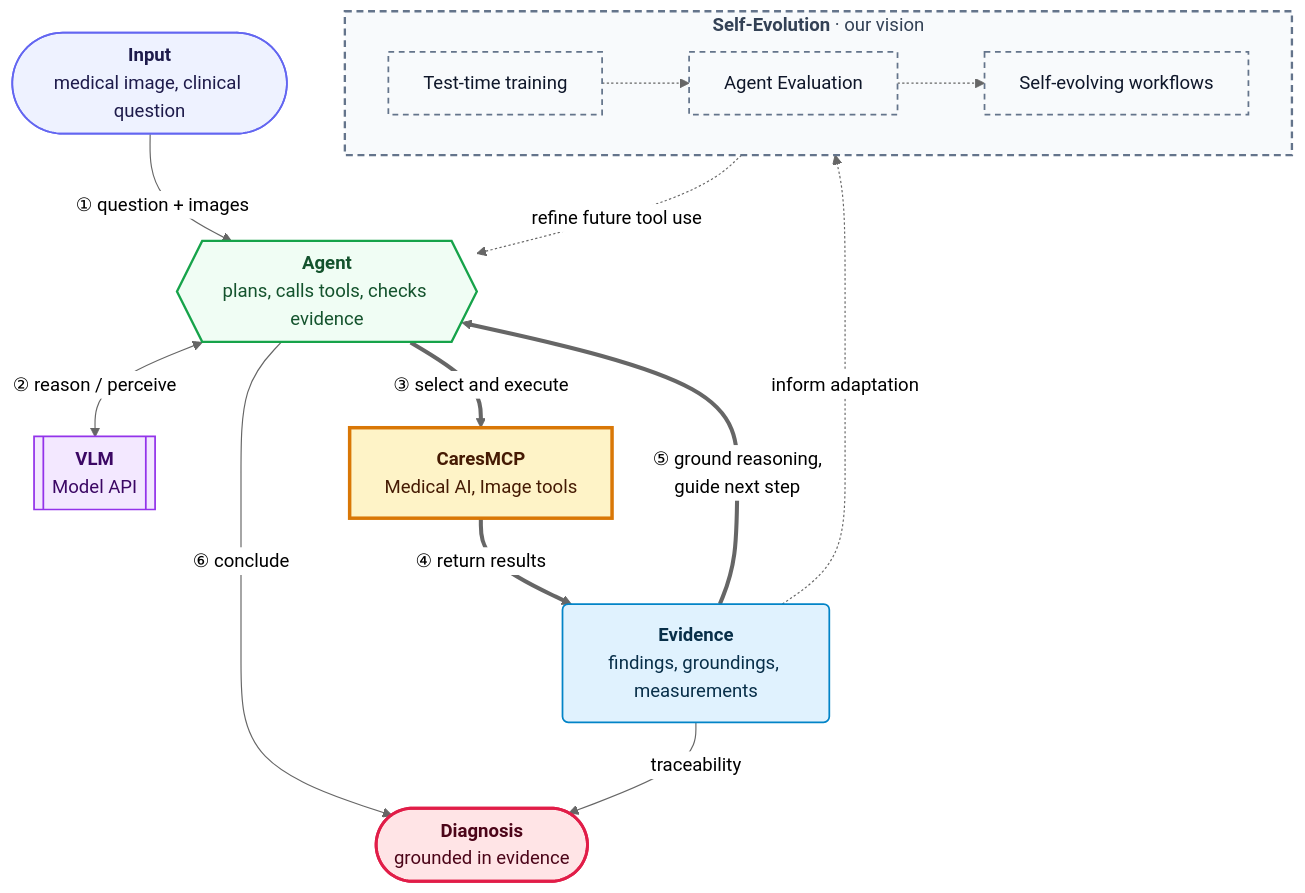
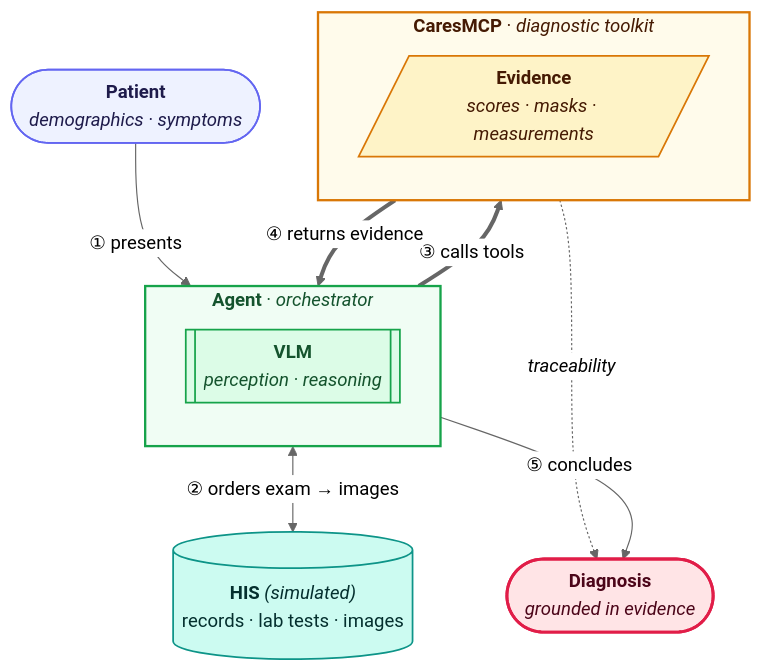
One commit to Moenupa/caresMCP changed the diagram in README.md. Above: the diagram before and after it, drawn with Mermaid (neutral theme). The commit also changed other lines of this file and 38 other files, not shown here.

````diff
--- a/README.md
+++ b/README.md
@@ -11,48 +17,40 @@
 ```mermaid
 flowchart TD
-    input(["<b>Input</b><br/>medical image, clinical question"])
-    vlm[["<b>VLM</b><br/>Model API"]]
-    agent{{"<b>Agent</b><br/>plans, calls tools, checks evidence"}}
+    patient(["<b>Patient</b><br/><i>demographics · symptoms</i>"])
 
-    framework["<b>CaresMCP</b><br/>Medical AI, Image tools"]
-
-    evidence("<b>Evidence</b><br/>findings, groundings, measurements")
-    diagnosis(["<b>Diagnosis</b><br/>grounded in evidence"])
-
-    subgraph adaptation["<b>Self-Evolution</b> · our vision"]
-        direction LR
-        training["Test-time training"]
-        evaluation["Agent Evaluation"]
-        evolution["Self-evolving workflows"]
-        training -.-> evaluation -.-> evolution
+    subgraph agent["<b>Agent</b> · <i>orchestrator</i>"]
+        direction TB
+        vlm[["<b>VLM</b><br/><i>perception · reasoning</i>"]]
     end
 
-    input -->|"① question + images"| agent
-    agent <-->|"② reason / perceive"| vlm
-    agent ==>|"③ select and execute"| framework
-    framework ==>|"④ return results"| evidence
-    evidence ==>|"⑤ ground reasoning,<br/>guide next step"| agent
-    agent -->|"⑥ conclude"| diagnosis
-    evidence -->|"traceability"| diagnosis
+    his[("<b>HIS</b> <i>(simulated)</i><br/>records · lab tests · images")]
 
-    evidence -.->|"inform adaptation"| adaptation
-    adaptation -.->|"refine future tool use"| agent
+    subgraph caresmcp["<b>CaresMCP</b> · <i>diagnostic toolkit</i>"]
+        direction TB
+        evidence[/"<b>Evidence</b><br/><i>scores · masks · measurements</i>"/]
+    end
+
+    diagnosis(["<b>Diagnosis</b><br/><i>grounded in evidence</i>"])
+
+    patient -->|"① presents"| agent
+    agent <-->|"② orders exam → images"| his
+    agent ==>|"③ calls tools"| caresmcp
+    caresmcp ==>|"④ returns evidence"| agent
+    caresmcp -.->|"<i>traceability</i>"| diagnosis
+    agent -->|"⑤ concludes"| diagnosis
 
     classDef io fill:#EEF2FF,stroke:#6366F1,color:#1E1B4B,stroke-width:1.5px
-    classDef tool fill:#FEF3C7,stroke:#D97706,color:#451A03,stroke-width:3px
-    classDef model fill:#F3E8FF,stroke:#9333EA,color:#3B0764,stroke-width:1.5px
-    classDef agentNode fill:#F0FDF4,stroke:#16A34A,stroke-width:2px,color:#14532D
-    classDef evid fill:#E0F2FE,stroke:#0284C7,color:#082F49,stroke-width:1.5px
+    classDef model fill:#DCFCE7,stroke:#16A34A,color:#14532D,stroke-width:1.5px
+    classDef db fill:#CCFBF1,stroke:#0D9488,color:#042F2E,stroke-width:1.5px
+    classDef evid fill:#FEF3C7,stroke:#D97706,color:#451A03,stroke-width:1.5px
     classDef result fill:#FFE4E6,stroke:#E11D48,color:#4C0519,stroke-width:2.5px
-    classDef vision fill:#F8FAFC,stroke:#64748B,color:#0F172A,stroke-width:1.5px,stroke-dasharray:5 4
 
-    class input io
-    class agent agentNode
+    class patient io
     class vlm model
-    class framework tool
+    class his db
     class evidence evid
     class diagnosis result
-    class training,evaluation,evolution vision
 
-    style adaptation fill:#F8FAFC,stroke:#64748B,stroke-width:2px,stroke-dasharray:6 4,color:#334155
+    style agent fill:#F0FDF4,stroke:#16A34A,stroke-width:2px,color:#14532D
+    style caresmcp fill:#FFFBEB,stroke:#D97706,stroke-width:2px,color:#451A03
 ```
````
